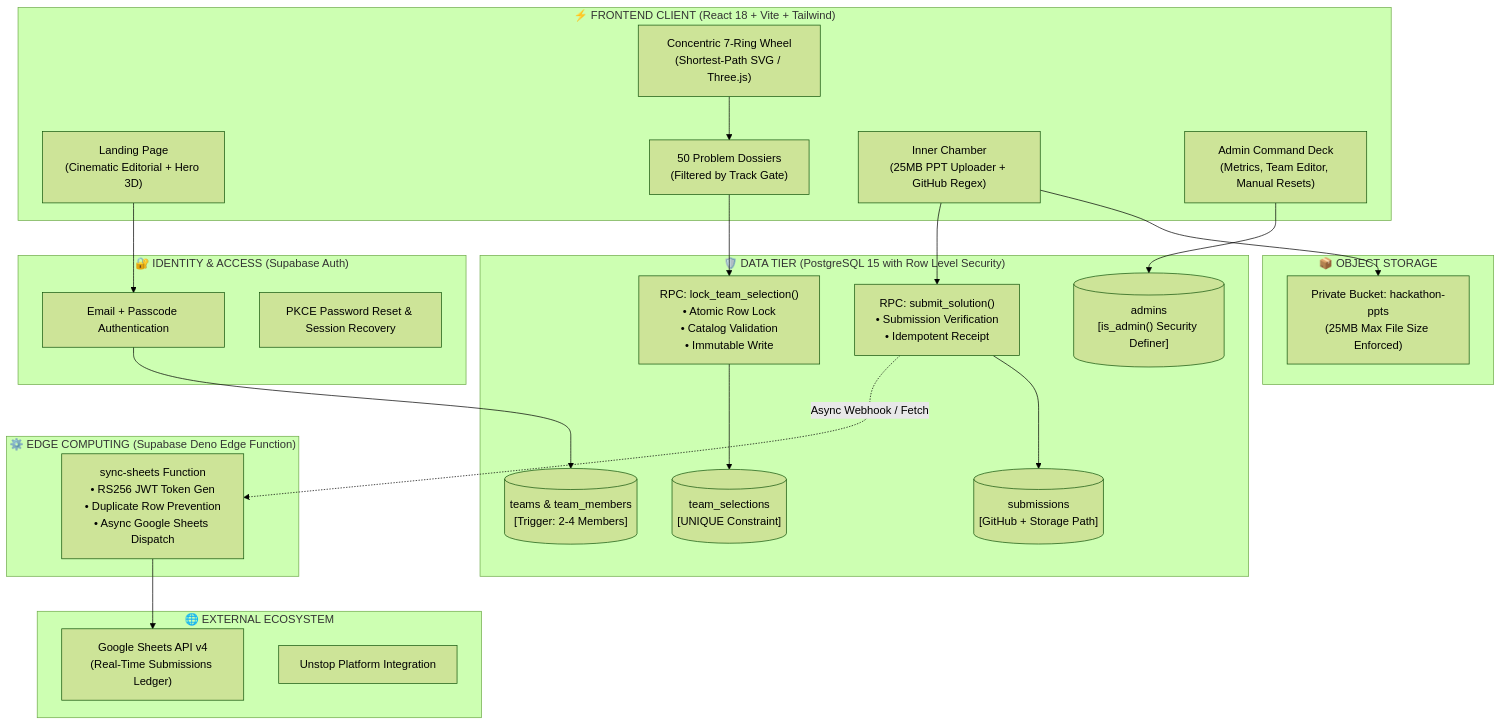
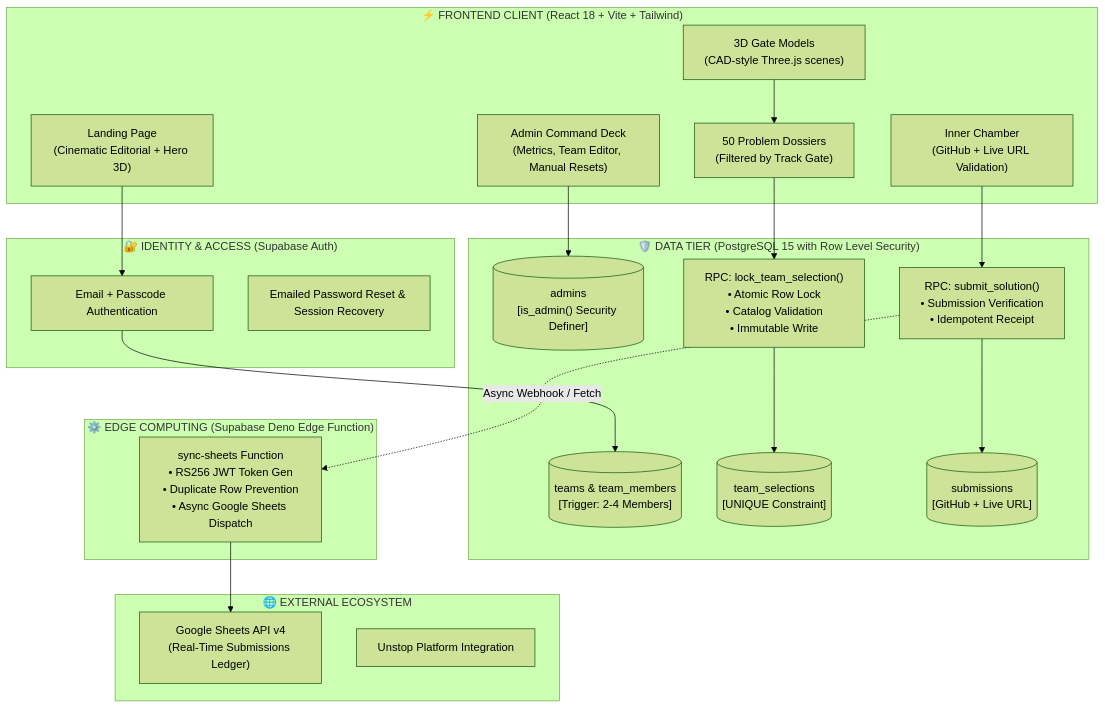
One commit to Ramcharanvinay/Chakravyuh-hackathon changed the first of 5 diagrams in README.md. Above: the diagram before and after it, drawn with Mermaid (forest theme). The commit also changed other lines of this file, not shown here.

Commit message:
docs: align README with the app (no PPT upload, real schema, CAD 3D models, setup steps, live link)

````diff
--- a/README.md
+++ b/README.md
@@ -72,51 +72,46 @@
 ```mermaid
 flowchart TD
     subgraph CLIENT["⚡ FRONTEND CLIENT (React 18 + Vite + Tailwind)"]
         UI_HOME["Landing Page<br/>(Cinematic Editorial + Hero 3D)"]
-        UI_WHEEL["Concentric 7-Ring Wheel<br/>(Shortest-Path SVG / Three.js)"]
+        UI_WHEEL["3D Gate Models<br/>(CAD-style Three.js scenes)"]
         UI_DOSSIER["50 Problem Dossiers<br/>(Filtered by Track Gate)"]
-        UI_SUBMIT["Inner Chamber<br/>(25MB PPT Uploader + GitHub Regex)"]
+        UI_SUBMIT["Inner Chamber<br/>(GitHub + Live URL Validation)"]
         UI_ADMIN["Admin Command Deck<br/>(Metrics, Team Editor, Manual Resets)"]
     end
 
     subgraph AUTH["🔐 IDENTITY & ACCESS (Supabase Auth)"]
         AUTH_PASS["Email + Passcode Authentication"]
-        AUTH_RECOVERY["PKCE Password Reset & Session Recovery"]
+        AUTH_RECOVERY["Emailed Password Reset & Session Recovery"]
     end
 
     subgraph DB["🛡️ DATA TIER (PostgreSQL 15 with Row Level Security)"]
         TBL_TEAMS[("teams & team_members<br/>[Trigger: 2-4 Members]")]
         TBL_LOCKS[("team_selections<br/>[UNIQUE Constraint]")]
-        TBL_SUBS[("submissions<br/>[GitHub + Storage Path]")]
+        TBL_SUBS[("submissions<br/>[GitHub + Live URL]")]
         TBL_ADMINS[("admins<br/>[is_admin() Security Definer]")]
         
         RPC_LOCK["RPC: lock_team_selection()<br/>• Atomic Row Lock<br/>• Catalog Validation<br/>• Immutable Write"]
         RPC_SUBMIT["RPC: submit_solution()<br/>• Submission Verification<br/>• Idempotent Receipt"]
-    end
-
-    subgraph STORAGE["📦 OBJECT STORAGE"]
-        BUCKET["Private Bucket: hackathon-ppts<br/>(25MB Max File Size Enforced)"]
     end
 
     subgraph SERVERLESS["⚙️ EDGE COMPUTING (Supabase Deno Edge Function)"]
         EDGE_SYNC["sync-sheets Function<br/>• RS256 JWT Token Gen<br/>• Duplicate Row Prevention<br/>• Async Google Sheets Dispatch"]
     end
 
     subgraph EXTERNAL["🌐 EXTERNAL ECOSYSTEM"]
         GSHEETS["Google Sheets API v4<br/>(Real-Time Submissions Ledger)"]
         UNSTOP["Unstop Platform Integration"]
     end
 
     %% Client Interactions
     UI_HOME --> AUTH_PASS
     AUTH_PASS --> TBL_TEAMS
     UI_WHEEL --> UI_DOSSIER
     UI_DOSSIER --> RPC_LOCK
     RPC_LOCK --> TBL_LOCKS
-    UI_SUBMIT --> BUCKET
     UI_SUBMIT --> RPC_SUBMIT
     RPC_SUBMIT --> TBL_SUBS
     RPC_SUBMIT -.->|Async Webhook / Fetch| EDGE_SYNC
     EDGE_SYNC --> GSHEETS
     UI_ADMIN --> TBL_ADMINS
 ```
````
